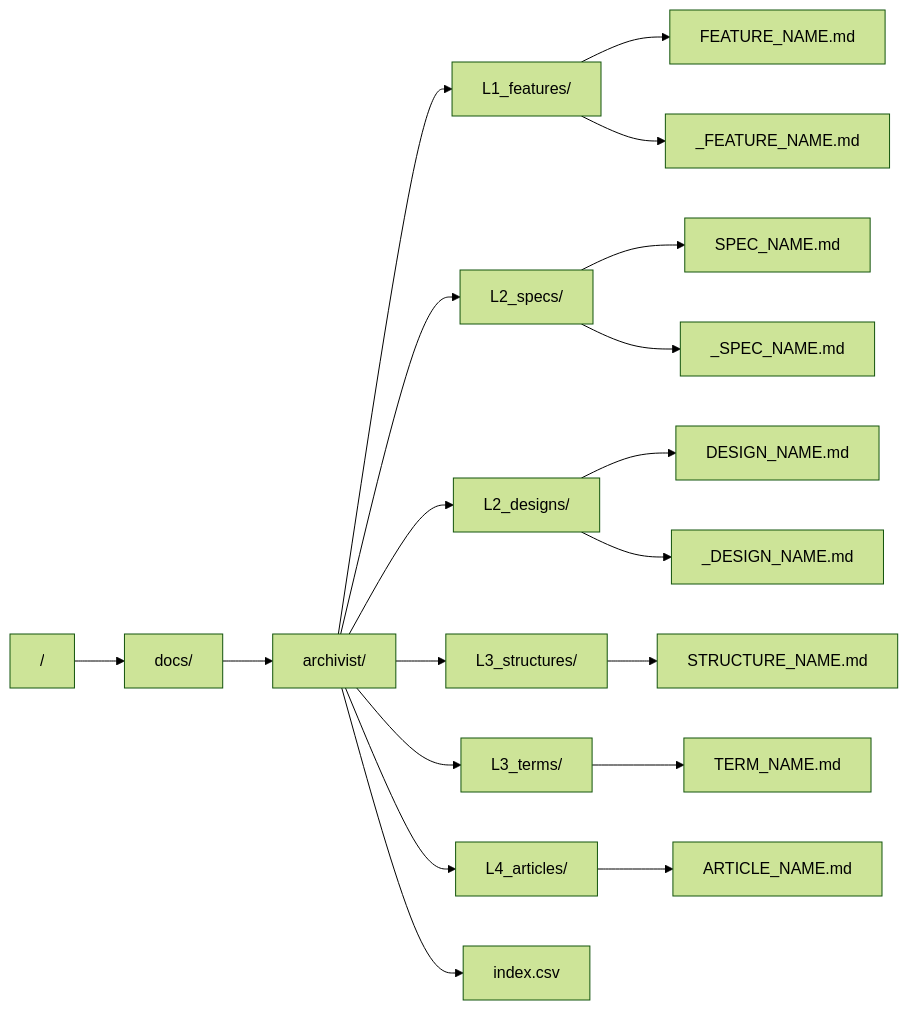
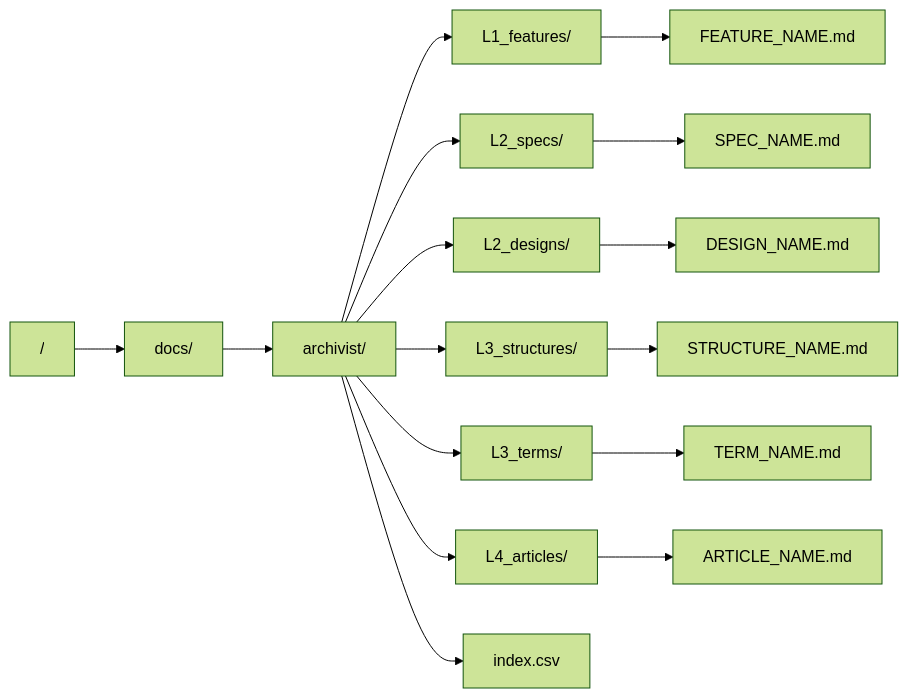
The first of 2 diagrams in docs/archivist/L3_structures/directory-layout.md (gameundwatch/archivist), drawn with Mermaid (forest theme) before and after one commit. The commit also changed other lines of this file and 25 other files, not shown here.

````diff
--- a/docs/archivist/L3_structures/directory-layout.md
+++ b/docs/archivist/L3_structures/directory-layout.md
@@ -7,33 +7,29 @@
 ```mermaid
 graph LR
 
 ROOT["/"]
 DOCS_ROOT["docs/"]
 ARCHIVIST["archivist/"]
 FEATURES["L1_features/"]
 SPECS["L2_specs/"]
 DESIGNS["L2_designs/"]
 STRUCTURES["L3_structures/"]
 TERMS["L3_terms/"]
 ARTICLES["L4_articles/"]
 
 ROOT --> DOCS_ROOT
 DOCS_ROOT --> ARCHIVIST
 ARCHIVIST --> FEATURES
 ARCHIVIST --> SPECS
 ARCHIVIST --> DESIGNS
 ARCHIVIST --> STRUCTURES
 ARCHIVIST --> TERMS
 ARCHIVIST --> ARTICLES
 ARCHIVIST --> INDEX["index.csv"]
 FEATURES --> FEATURE_FILE["FEATURE_NAME.md"]
 SPECS --> SPEC_FILE["SPEC_NAME.md"]
 DESIGNS --> DESIGN_FILE["DESIGN_NAME.md"]
 STRUCTURES --> STRUCTURE_FILE["STRUCTURE_NAME.md"]
 TERMS --> TERM_FILE["TERM_NAME.md"]
 ARTICLES --> ARTICLE_FILE["ARTICLE_NAME.md"]
-
-FEATURES --> UNIMPLEMENTED_FEATURE_FILE["_FEATURE_NAME.md"]
-SPECS --> UNIMPLEMENTED_SPEC_FILE["_SPEC_NAME.md"]
-DESIGNS --> UNIMPLEMENTED_DESIGN_FILE["_DESIGN_NAME.md"]
 ```
````
